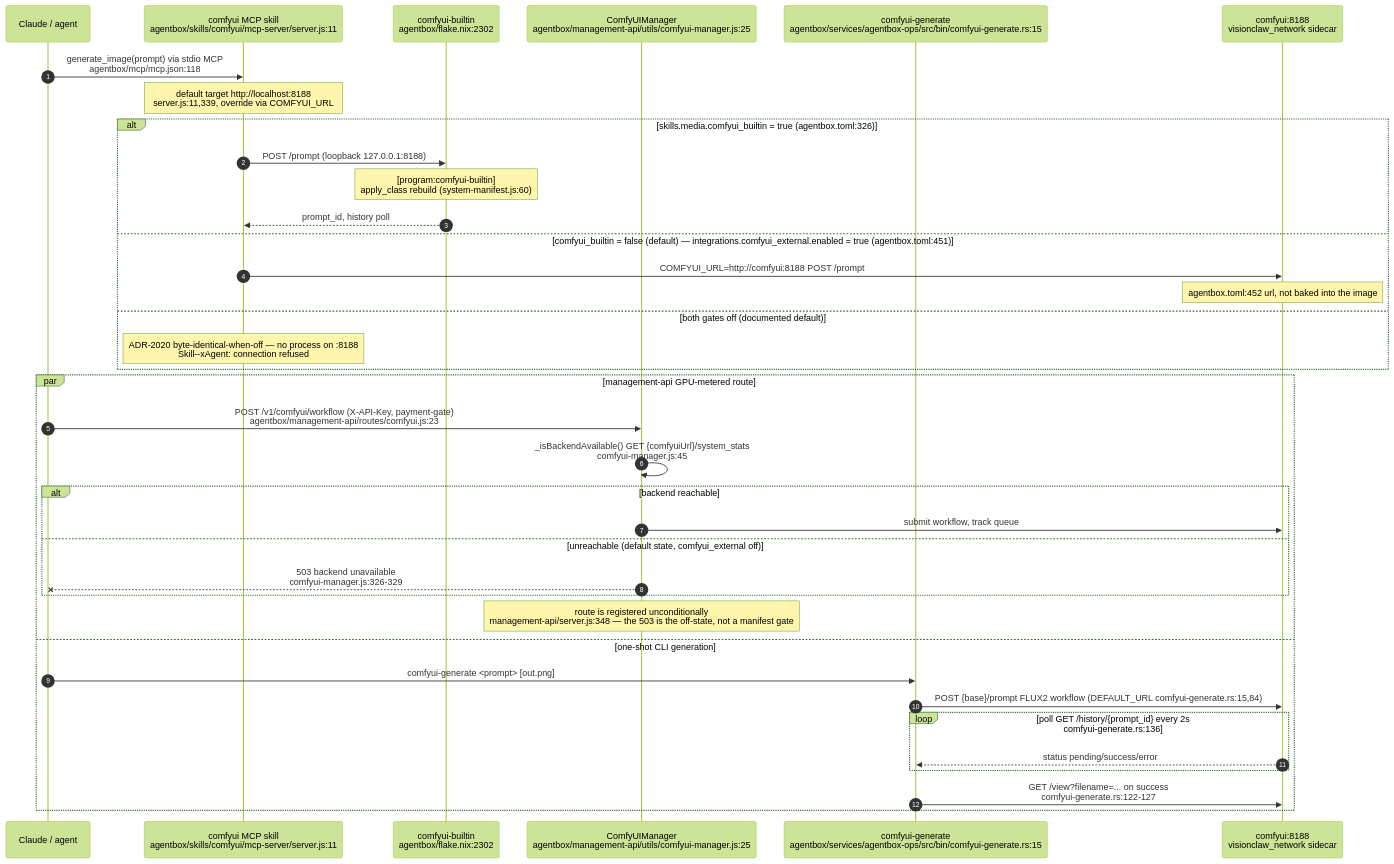
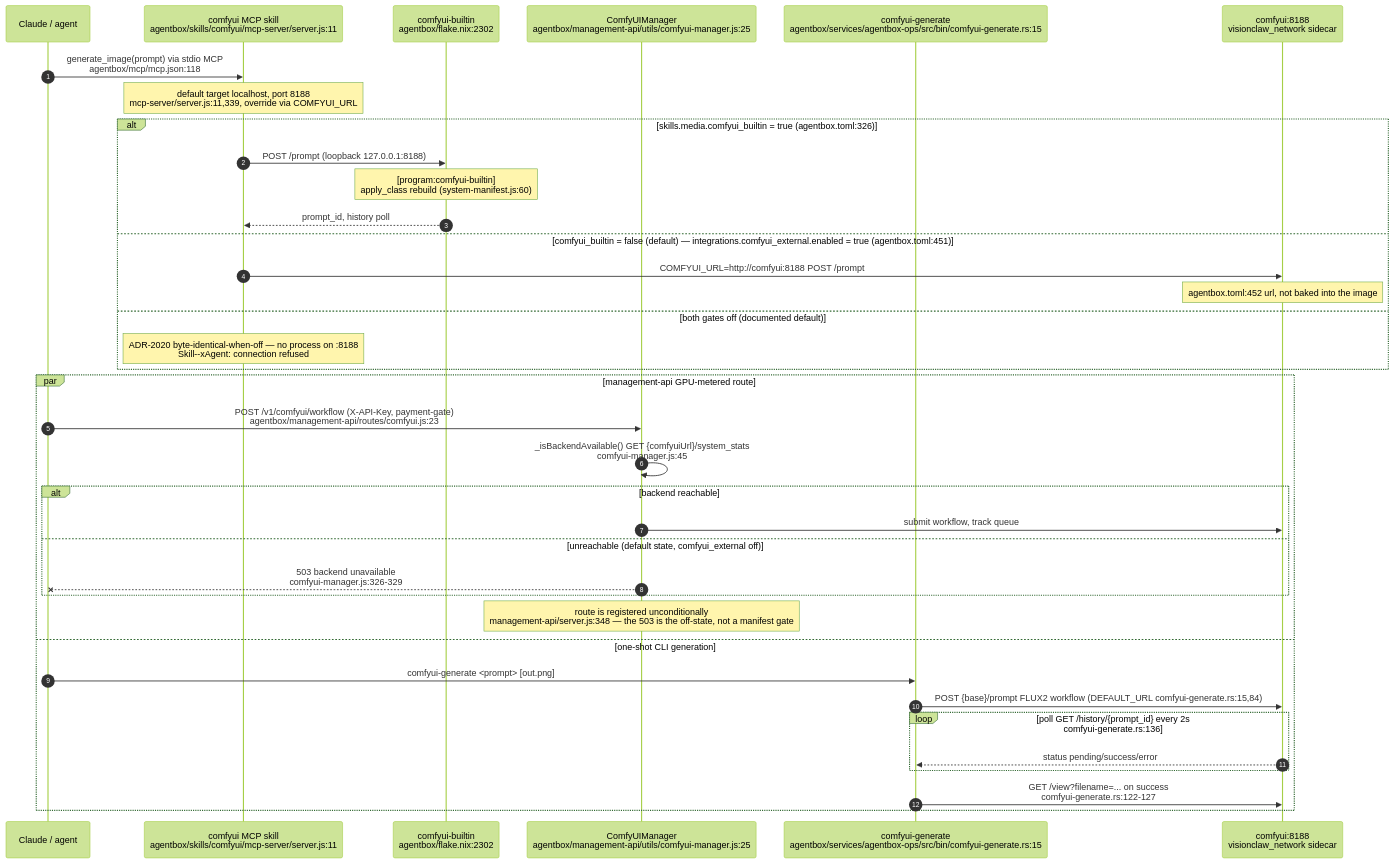
The first of 13 diagrams in docs/diagrams/agentbox/27-media-gpu-capability-services.md (DreamLab-AI/VisionFlow), drawn with Mermaid (forest theme) before and after one commit. The commit also changed other lines of this file and 185 other files, not shown here.

Commit message:
docs(estate): reconcile diagrams and ADRs with source and define closeout sprint

````diff
--- a/docs/diagrams/agentbox/27-media-gpu-capability-services.md
+++ b/docs/diagrams/agentbox/27-media-gpu-capability-services.md
@@ -47,42 +53,42 @@
 ```mermaid
 sequenceDiagram
     autonumber
     participant Agent as Claude / agent
     participant Skill as comfyui MCP skill<br/>agentbox/skills/comfyui/mcp-server/server.js:11
     participant Builtin as comfyui-builtin<br/>agentbox/flake.nix:2302
     participant MgmtAPI as ComfyUIManager<br/>agentbox/management-api/utils/comfyui-manager.js:25
     participant Gen as comfyui-generate<br/>agentbox/services/agentbox-ops/src/bin/comfyui-generate.rs:15
     participant Ext as comfyui:8188<br/>visionclaw_network sidecar
 
     Agent->>Skill: generate_image(prompt) via stdio MCP<br/>agentbox/mcp/mcp.json:118
-    Note over Skill: default target http://localhost:8188<br/>server.js:11,339, override via COMFYUI_URL
+    Note over Skill: default target localhost, port 8188<br/>mcp-server/server.js:11,339, override via COMFYUI_URL
 
     alt skills.media.comfyui_builtin = true (agentbox.toml:326)
         Skill->>Builtin: POST /prompt (loopback 127.0.0.1:8188)
         Note over Builtin: [program:comfyui-builtin]<br/>apply_class rebuild (system-manifest.js:60)
         Builtin-->>Skill: prompt_id, history poll
     else comfyui_builtin = false (default) — integrations.comfyui_external.enabled = true (agentbox.toml:451)
         Skill->>Ext: COMFYUI_URL=http://comfyui:8188 POST /prompt
         Note over Ext: agentbox.toml:452 url, not baked into the image
     else both gates off (documented default)
         Note over Skill: ADR-2020 byte-identical-when-off — no process on :8188<br/>Skill--xAgent: connection refused
     end
 
     par management-api GPU-metered route
         Agent->>MgmtAPI: POST /v1/comfyui/workflow (X-API-Key, payment-gate)<br/>agentbox/management-api/routes/comfyui.js:23
         MgmtAPI->>MgmtAPI: _isBackendAvailable() GET {comfyuiUrl}/system_stats<br/>comfyui-manager.js:45
         alt backend reachable
             MgmtAPI->>Ext: submit workflow, track queue
         else unreachable (default state, comfyui_external off)
             MgmtAPI--xAgent: 503 backend unavailable<br/>comfyui-manager.js:326-329
         end
         Note over MgmtAPI: route is registered unconditionally<br/>management-api/server.js:348 — the 503 is the off-state, not a manifest gate
     and one-shot CLI generation
         Agent->>Gen: comfyui-generate <prompt> [out.png]
         Gen->>Ext: POST {base}/prompt FLUX2 workflow (DEFAULT_URL comfyui-generate.rs:15,84)
         loop poll GET /history/{prompt_id} every 2s<br/>comfyui-generate.rs:136
             Ext-->>Gen: status pending/success/error
         end
         Gen->>Ext: GET /view?filename=... on success<br/>comfyui-generate.rs:122-127
     end
 ```
````
